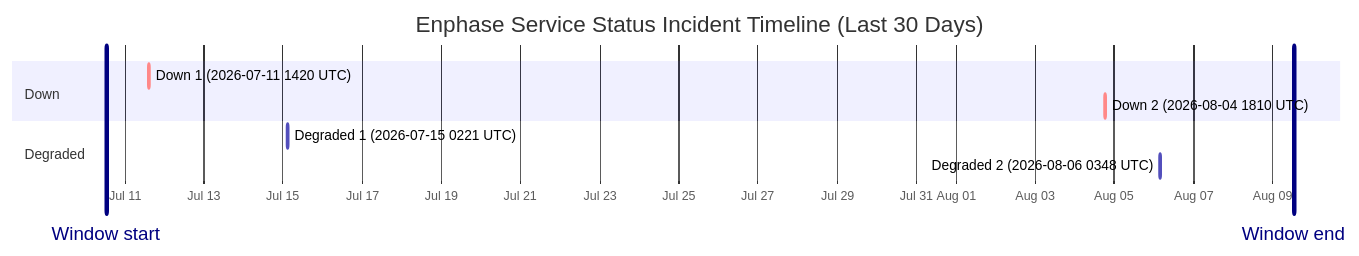
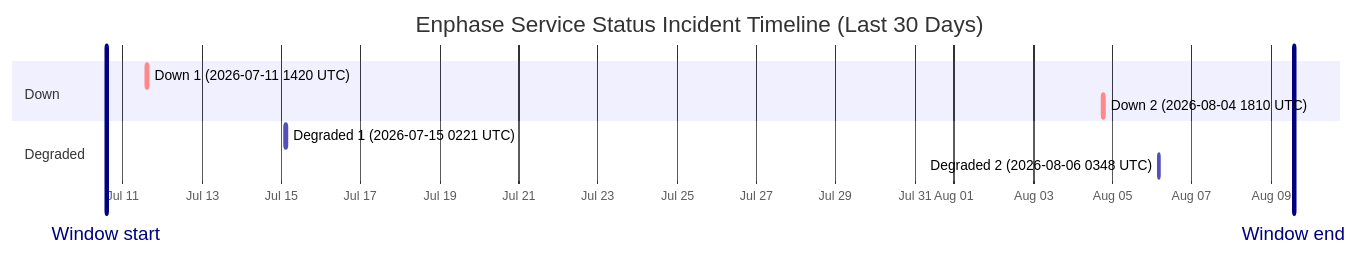
The diagram in wiki/Service-Status-History.md (barneyonline/ha-enphase-energy), drawn with Mermaid before and after one commit. The commit also changed other lines of this file and 3 other files, not shown here.

````diff
--- a/wiki/Service-Status-History.md
+++ b/wiki/Service-Status-History.md
@@ -14,14 +14,14 @@
 ```mermaid
 gantt
     title Enphase Service Status Incident Timeline (Last 30 Days)
     dateFormat  YYYY-MM-DDTHH:mm:ss
     axisFormat  %b %d
-    Window start :vert, window-start, 2026-07-10T12:49:49, 0ms
-    Window end :vert, window-end, 2026-08-09T12:49:49, 0ms
+    Window start :vert, window-start, 2026-07-10T13:47:52, 0ms
+    Window end :vert, window-end, 2026-08-09T13:47:52, 0ms
     section Down
     Down 1 (2026-07-11 1420 UTC) :crit, down-1, 2026-07-11T14:20:54, 69m
     Down 2 (2026-08-04 1810 UTC) :crit, down-2, 2026-08-04T18:10:46, 60m
     section Degraded
     Degraded 1 (2026-07-15 0221 UTC) :active, degraded-1, 2026-07-15T02:21:35, 60m
     Degraded 2 (2026-08-06 0348 UTC) :active, degraded-2, 2026-08-06T03:48:14, 60m
 ```
````
